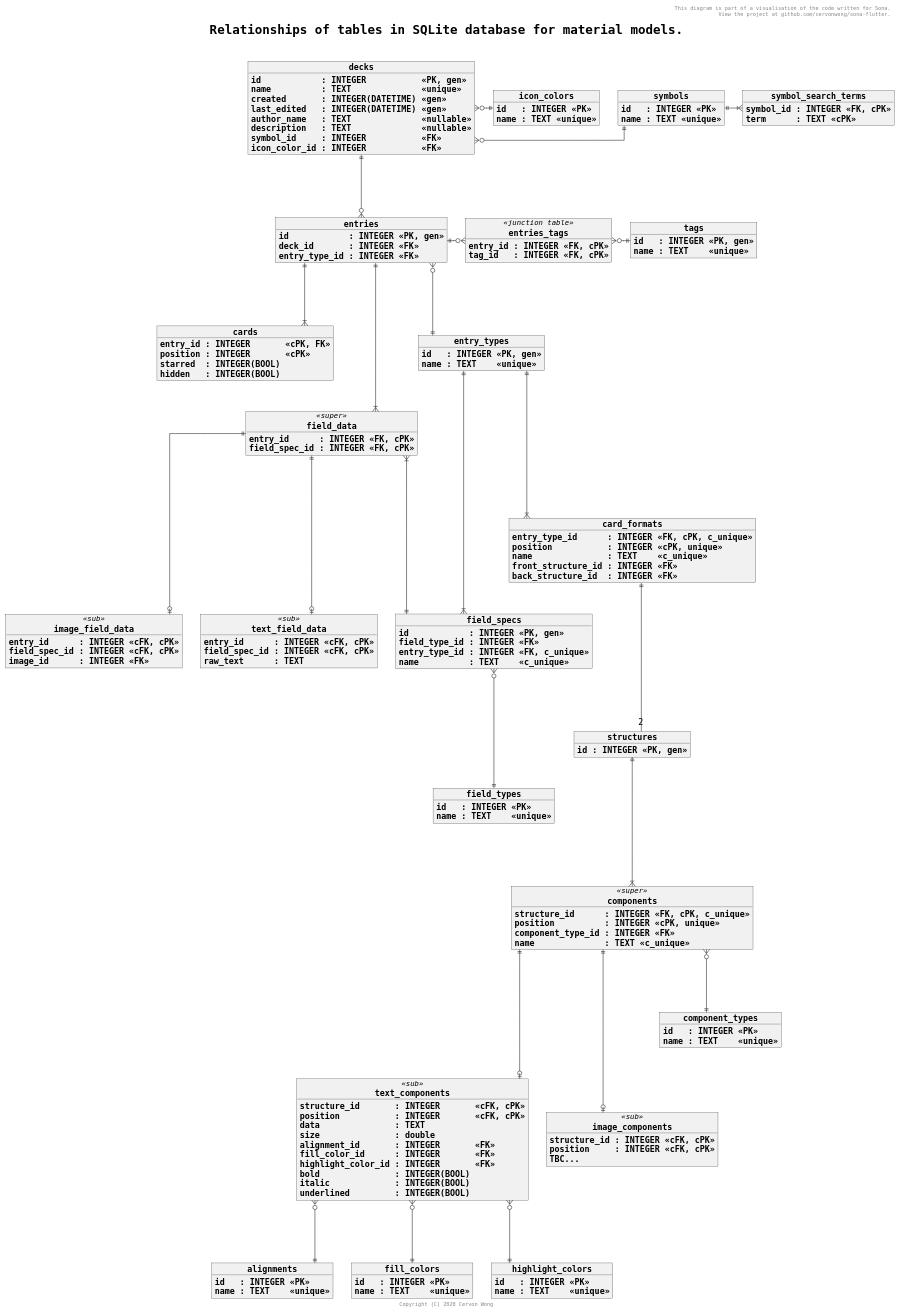
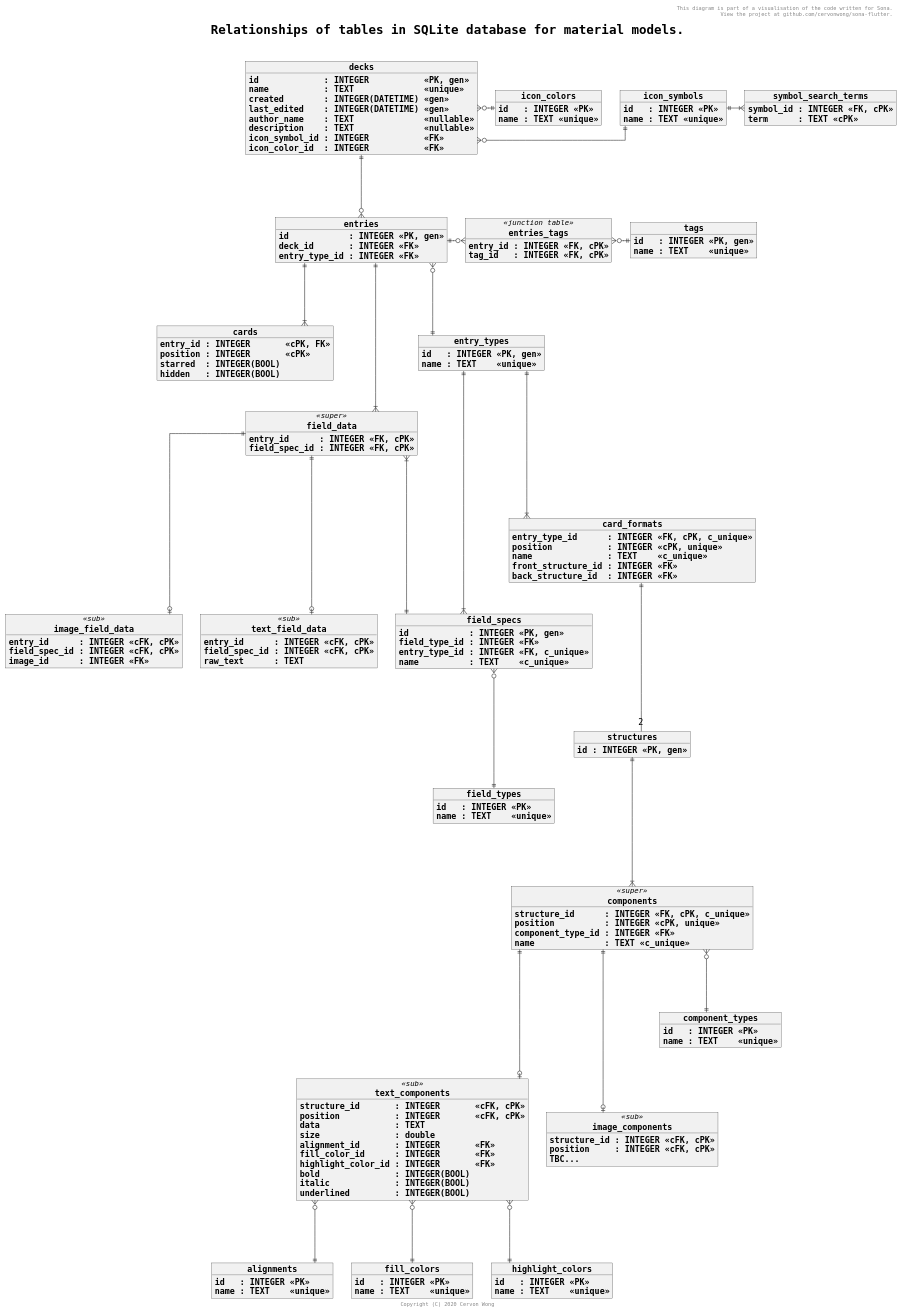
Before and after one commit to cervonwong/sona-flutter: the diagram in puml/material_database.puml, drawn with PlantUML. The commit also changed 1 other file, not shown here.

Commit message:
Docs(puml): Rename table `symbols` to `icon_symbols`

```diff
--- a/puml/material_database.puml
+++ b/puml/material_database.puml
@@ -1,183 +1,183 @@
 @startuml
 
 skinparam wrapWidth 1000
 skinparam defaultFontName Monospaced
 skinparam defaultFontSize 16
 skinparam objectStereotypeFontSize 14
 skinparam titleFontSize 24
 skinparam titleFontStyle bold
 skinparam objectFontStyle bold
 skinparam linetype ortho
 skinparam shadowing false
 
 header This diagram is part of a visualisation of the code written for Sona.\n View the project at github.com/cervonwong/sona-flutter.
 title Relationships of tables in SQLite database for material models.\n
 footer Copyright (C) 2020 Cervon Wong
 
 object decks {
-	id            : INTEGER           <<PK, gen>>
-	name          : TEXT              <<unique>>
-	created       : INTEGER(DATETIME) <<gen>>
-	last_edited   : INTEGER(DATETIME) <<gen>>
-	author_name   : TEXT              <<nullable>>
-	description   : TEXT              <<nullable>>
-	symbol_id     : INTEGER           <<FK>>
-	icon_color_id : INTEGER           <<FK>>
+	id             : INTEGER           <<PK, gen>>
+	name           : TEXT              <<unique>>
+	created        : INTEGER(DATETIME) <<gen>>
+	last_edited    : INTEGER(DATETIME) <<gen>>
+	author_name    : TEXT              <<nullable>>
+	description    : TEXT              <<nullable>>
+	icon_symbol_id : INTEGER           <<FK>>
+	icon_color_id  : INTEGER           <<FK>>
 }
 
-object symbols {
+object icon_symbols {
 	id   : INTEGER <<PK>>
 	name : TEXT <<unique>>
 }
 
 object icon_colors {
 	id   : INTEGER <<PK>>
 	name : TEXT <<unique>>
 }
 
 object symbol_search_terms {
 	symbol_id : INTEGER <<FK, cPK>>
 	term      : TEXT <<cPK>>
 }
 
 object entries {
 	id            : INTEGER <<PK, gen>>
 	deck_id       : INTEGER <<FK>>
 	entry_type_id : INTEGER <<FK>>
 }
 
 object cards {
 	entry_id : INTEGER       <<cPK, FK>>
 	position : INTEGER       <<cPK>>
 	starred  : INTEGER(BOOL)
 	hidden   : INTEGER(BOOL)
 }
 
 object tags {
 	id   : INTEGER <<PK, gen>>
 	name : TEXT    <<unique>>
 }
 
 object entries_tags <<junction table>> {
 	entry_id : INTEGER <<FK, cPK>>
 	tag_id   : INTEGER <<FK, cPK>>
 }
 
 object field_specs {
 	id            : INTEGER <<PK, gen>>
 	field_type_id : INTEGER <<FK>>
 	entry_type_id : INTEGER <<FK, c_unique>>
 	name          : TEXT    <<c_unique>>
 }
 
 object field_types {
 	id   : INTEGER <<PK>>
 	name : TEXT    <<unique>>
 }
 
 object field_data <<super>> {
 	entry_id      : INTEGER <<FK, cPK>>
     field_spec_id : INTEGER <<FK, cPK>>
     ' Get field_type_id from field_specs table.
 }
 
 object text_field_data <<sub>> {
 	entry_id      : INTEGER <<cFK, cPK>>
     field_spec_id : INTEGER <<cFK, cPK>>
 	raw_text      : TEXT
 }
 
 object image_field_data <<sub>> {
 	entry_id      : INTEGER <<cFK, cPK>>
     field_spec_id : INTEGER <<cFK, cPK>>
 	image_id      : INTEGER <<FK>>
 }
 
 object entry_types {
 	id   : INTEGER <<PK, gen>>
 	name : TEXT    <<unique>>
 }
 
 object card_formats {
 	entry_type_id      : INTEGER <<FK, cPK, c_unique>>
 	position           : INTEGER <<cPK, unique>>
 	name               : TEXT    <<c_unique>>
 	front_structure_id : INTEGER <<FK>>
 	back_structure_id  : INTEGER <<FK>>
 }
 
 object structures {
 	id : INTEGER <<PK, gen>>
 }
 
 object components <<super>> {
 	structure_id      : INTEGER <<FK, cPK, c_unique>>
 	position          : INTEGER <<cPK, unique>>
 	component_type_id : INTEGER <<FK>>
 	name              : TEXT <<c_unique>>
 }
 
 object text_components <<sub>> {
 	structure_id       : INTEGER       <<cFK, cPK>>
 	position           : INTEGER       <<cFK, cPK>>
 	data               : TEXT
 	size               : double
 	alignment_id       : INTEGER       <<FK>>
 	fill_color_id      : INTEGER       <<FK>>
 	highlight_color_id : INTEGER       <<FK>>
 	bold               : INTEGER(BOOL)
 	italic             : INTEGER(BOOL)
 	underlined         : INTEGER(BOOL)
 }
 
 object alignments {
 	id   : INTEGER <<PK>>
 	name : TEXT    <<unique>>
 }
 
 object fill_colors {
 	id   : INTEGER <<PK>>
 	name : TEXT    <<unique>>
 }
 
 object highlight_colors {
 	id   : INTEGER <<PK>>
 	name : TEXT    <<unique>>
 }
 
 object image_components <<sub>> {
 	structure_id : INTEGER <<cFK, cPK>>
     position     : INTEGER <<cFK, cPK>>
     TBC...
 }
 
 object component_types {
 	id   : INTEGER <<PK>>
 	name : TEXT    <<unique>>
 }
 
-decks             }o-||      symbols
+decks             }o-||      icon_symbols
 decks             }o-||      icon_colors
-symbols           ||-|{      symbol_search_terms
+icon_symbols      ||-|{      symbol_search_terms
 decks             ||---o{    entries
 entries           ||---|{    cards
 entries           ||-o{      entries_tags
 entries_tags      }o-||      tags
 field_specs       }o----||   field_types
 field_data        ||----o|   text_field_data
 field_data        ||----o|   image_field_data
 field_data        }|----||   field_specs
 entries           ||----|{   field_data
 entries           }o---||    entry_types
 entry_types       ||----|{   field_specs
 entry_types       ||----|{   card_formats
 card_formats      ||---- "2" structures
 structures        ||----|{   components
 components        }o---||    component_types
 components        ||----o|   text_components
 components        ||----o|   image_components
 text_components   }o---||    alignments
 text_components   }o---||    fill_colors
 text_components   }o---||    highlight_colors
 
 @enduml
```
